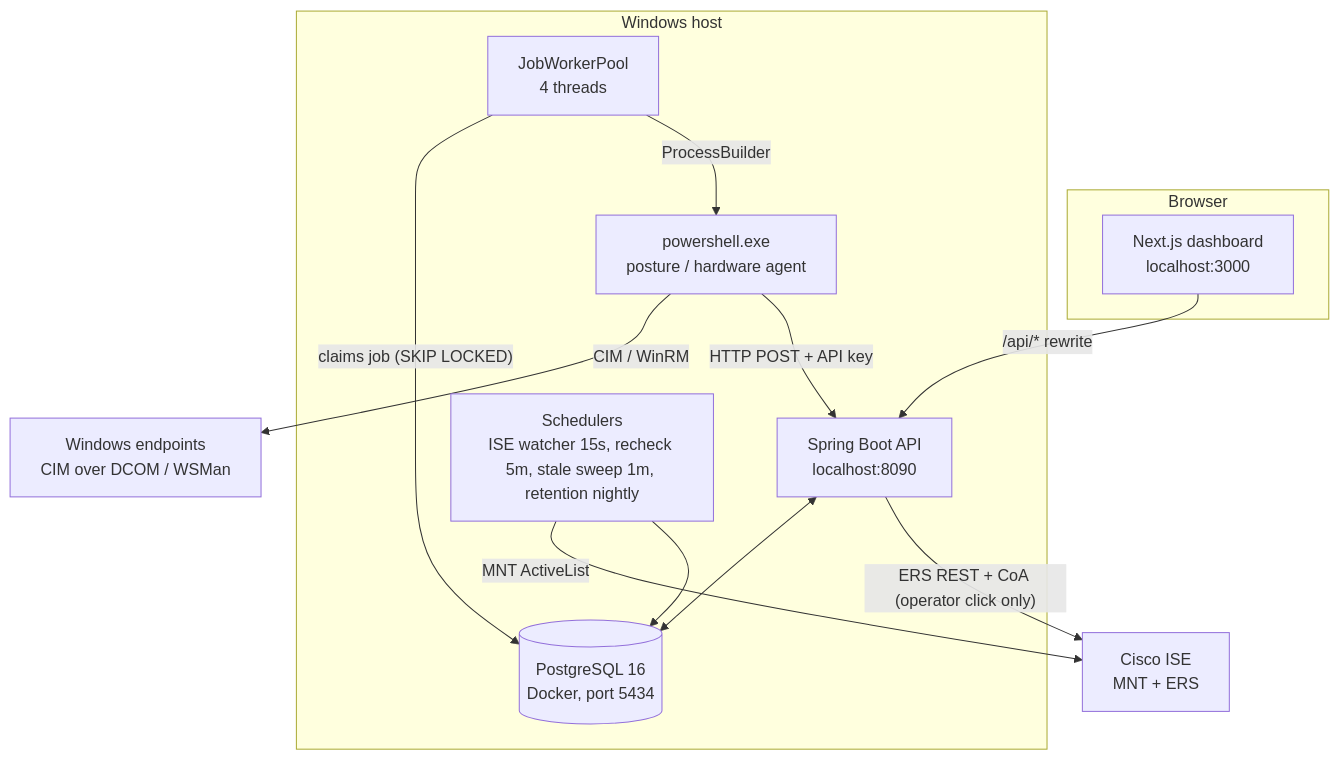
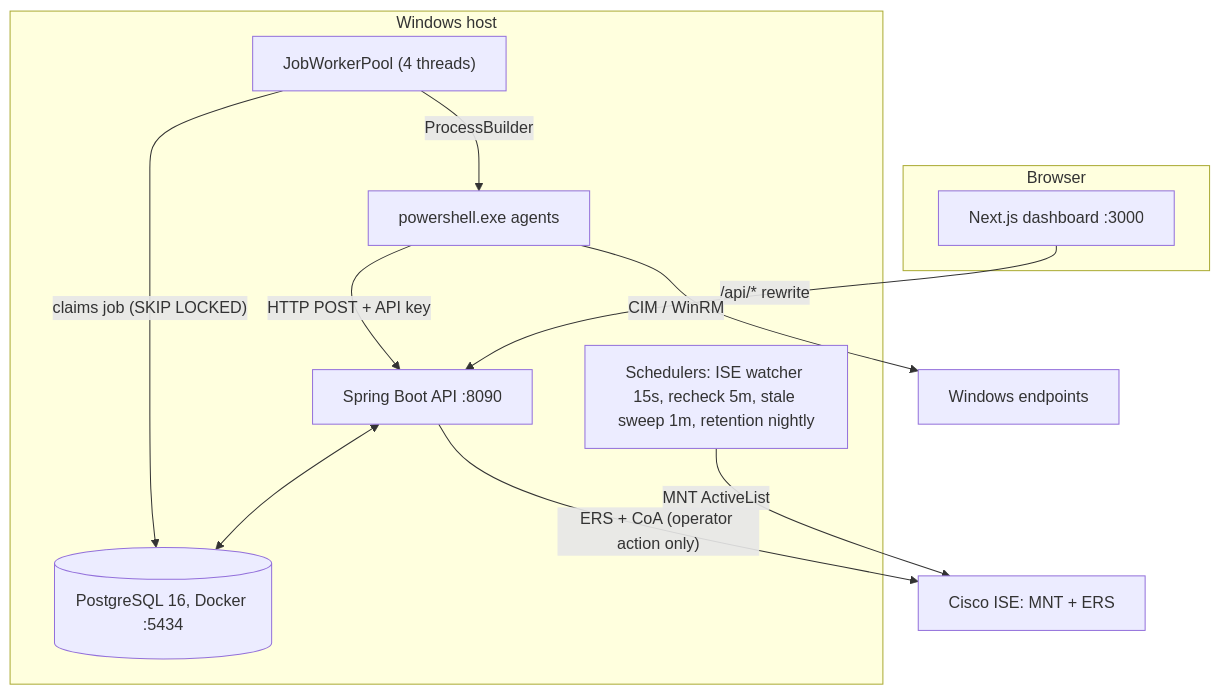
The diagram in Doc/PROJECT_COMPLETE_GUIDE.md (majordevbhargav/Endpoint-Posture-Java), drawn with Mermaid before and after one commit. The commit also changed other lines of this file and 10 other files, not shown here.

````diff
--- a/Doc/PROJECT_COMPLETE_GUIDE.md
+++ b/Doc/PROJECT_COMPLETE_GUIDE.md
@@ -59,25 +60,24 @@
 ```mermaid
 flowchart TD
     subgraph Browser
-        FE["Next.js dashboard<br/>localhost:3000"]
+        FE["Next.js dashboard :3000"]
     end
     subgraph Host["Windows host"]
-        API["Spring Boot API<br/>localhost:8090"]
-        POOL["JobWorkerPool<br/>4 threads"]
-        SCHED["Schedulers<br/>ISE watcher 15s, recheck 5m, stale sweep 1m, retention nightly"]
-        PS["powershell.exe<br/>posture / hardware agent"]
-        DB[("PostgreSQL 16<br/>Docker, port 5434")]
+        API["Spring Boot API :8090"]
+        POOL["JobWorkerPool (4 threads)"]
+        SCHED["Schedulers: ISE watcher 15s, recheck 5m, stale sweep 1m, retention nightly"]
+        PS["powershell.exe agents"]
+        DB[("PostgreSQL 16, Docker :5434")]
     end
-    ISE["Cisco ISE<br/>MNT + ERS"]
-    EP["Windows endpoints<br/>CIM over DCOM / WSMan"]
+    ISE["Cisco ISE: MNT + ERS"]
+    EP["Windows endpoints"]
 
     FE -- "/api/* rewrite" --> API
     API <--> DB
     SCHED -- "MNT ActiveList" --> ISE
-    SCHED --> DB
     POOL -- "claims job (SKIP LOCKED)" --> DB
     POOL -- "ProcessBuilder" --> PS
     PS -- "CIM / WinRM" --> EP
     PS -- "HTTP POST + API key" --> API
-    API -- "ERS REST + CoA (operator click only)" --> ISE
+    API -- "ERS + CoA (operator action only)" --> ISE
 ```
````
